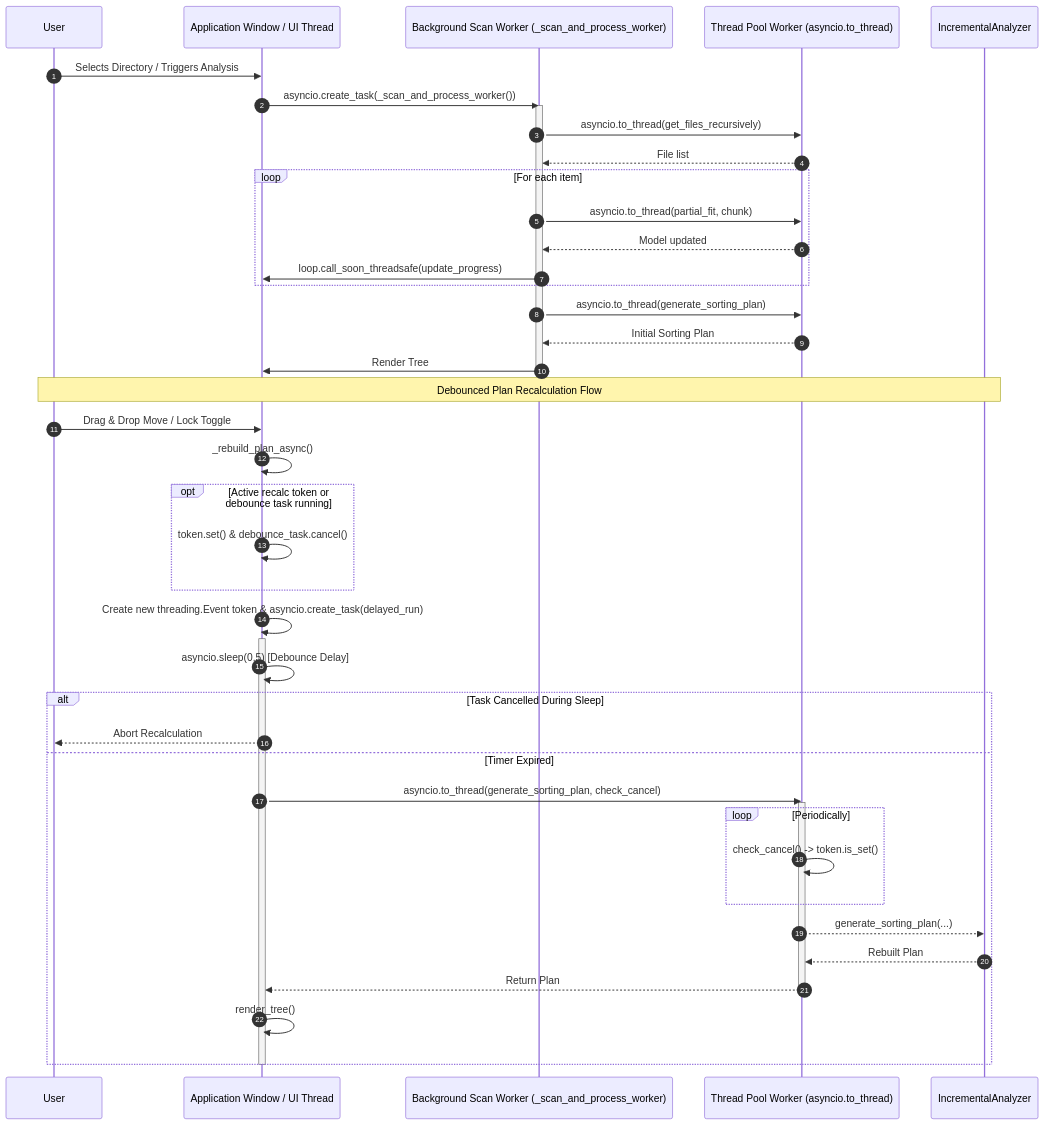
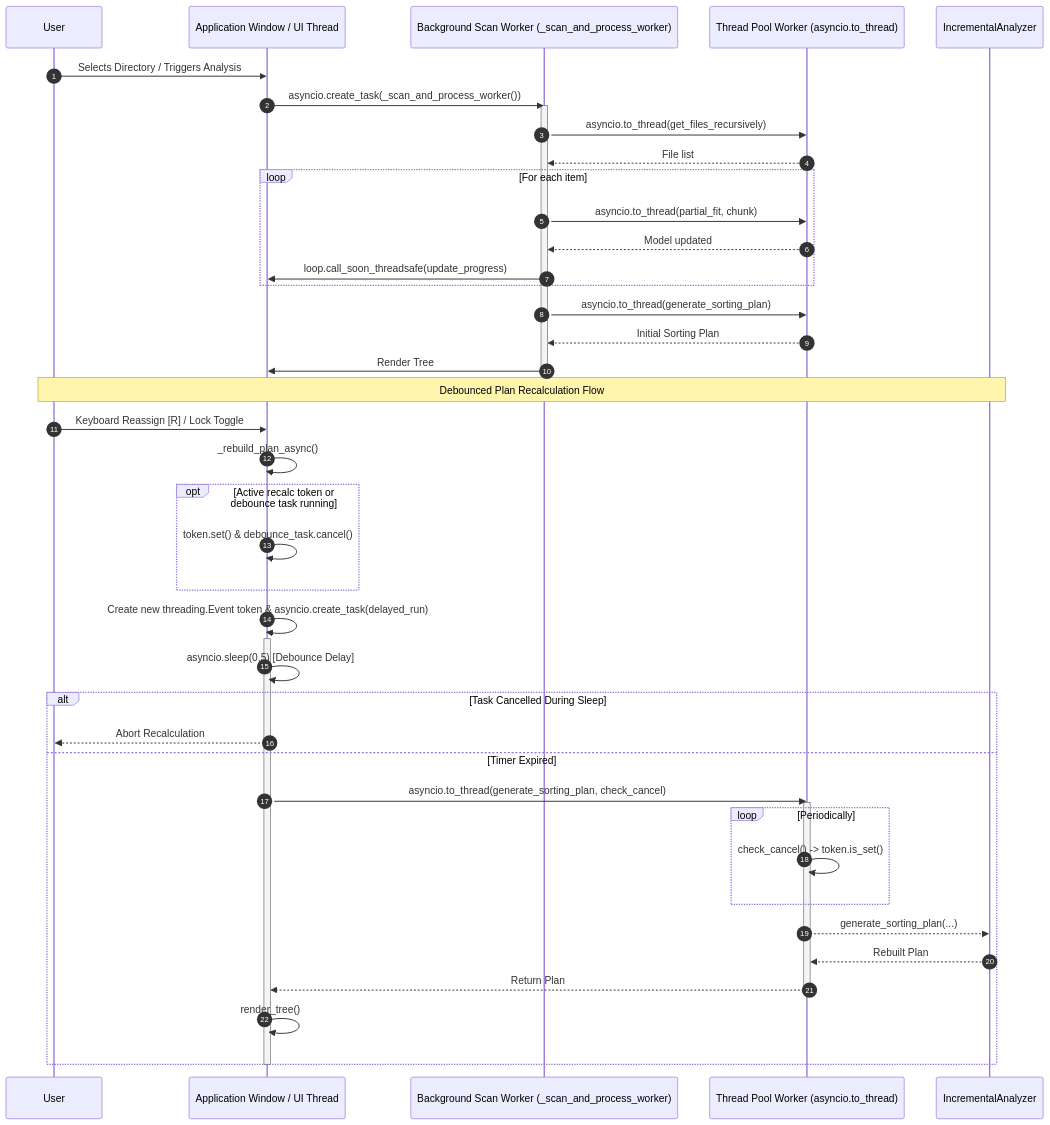
Before and after one commit to fderuiter/sortify: the diagram in docs/assets/diagrams/architecture_async_processing.mmd, drawn with Mermaid. The commit also changed 5 other files, not shown here.

Commit message:
docs: align terminal user guide copy and component diagrams (#1025)

```diff
--- a/docs/assets/diagrams/architecture_async_processing.mmd
+++ b/docs/assets/diagrams/architecture_async_processing.mmd
@@ -1,45 +1,45 @@
 sequenceDiagram
     autonumber
     participant User as User
     participant UI as Application Window / UI Thread
     participant Worker as Background Scan Worker (_scan_and_process_worker)
     participant ThreadPool as Thread Pool Worker (asyncio.to_thread)
     participant Analyzer as IncrementalAnalyzer
     User->>UI: Selects Directory / Triggers Analysis
     UI->>Worker: asyncio.create_task(_scan_and_process_worker())
     activate Worker
     Worker->>ThreadPool: asyncio.to_thread(get_files_recursively)
     ThreadPool-->>Worker: File list
     loop For each item
         Worker->>ThreadPool: asyncio.to_thread(partial_fit, chunk)
         ThreadPool-->>Worker: Model updated
         Worker->>UI: loop.call_soon_threadsafe(update_progress)
     end
     Worker->>ThreadPool: asyncio.to_thread(generate_sorting_plan)
     ThreadPool-->>Worker: Initial Sorting Plan
     Worker->>UI: Render Tree
     deactivate Worker
     note over User, Analyzer: Debounced Plan Recalculation Flow
-    User->>UI: Drag & Drop Move / Lock Toggle
+    User->>UI: Keyboard Reassign [R] / Lock Toggle
     UI->>UI: _rebuild_plan_async()
     opt Active recalc token or debounce task running
         UI->>UI: token.set() & debounce_task.cancel()
     end
     UI->>UI: Create new threading.Event token & asyncio.create_task(delayed_run)
     activate UI
     UI->>UI: asyncio.sleep(0.5) [Debounce Delay]
     alt Task Cancelled During Sleep
         UI-->>User: Abort Recalculation
     else Timer Expired
         UI->>ThreadPool: asyncio.to_thread(generate_sorting_plan, check_cancel)
         activate ThreadPool
         loop Periodically
             ThreadPool->>ThreadPool: check_cancel() -> token.is_set()
         end
         ThreadPool-->>Analyzer: generate_sorting_plan(...)
         Analyzer-->>ThreadPool: Rebuilt Plan
         ThreadPool-->>UI: Return Plan
         deactivate ThreadPool
         UI->>UI: render_tree()
     end
     deactivate UI
```
